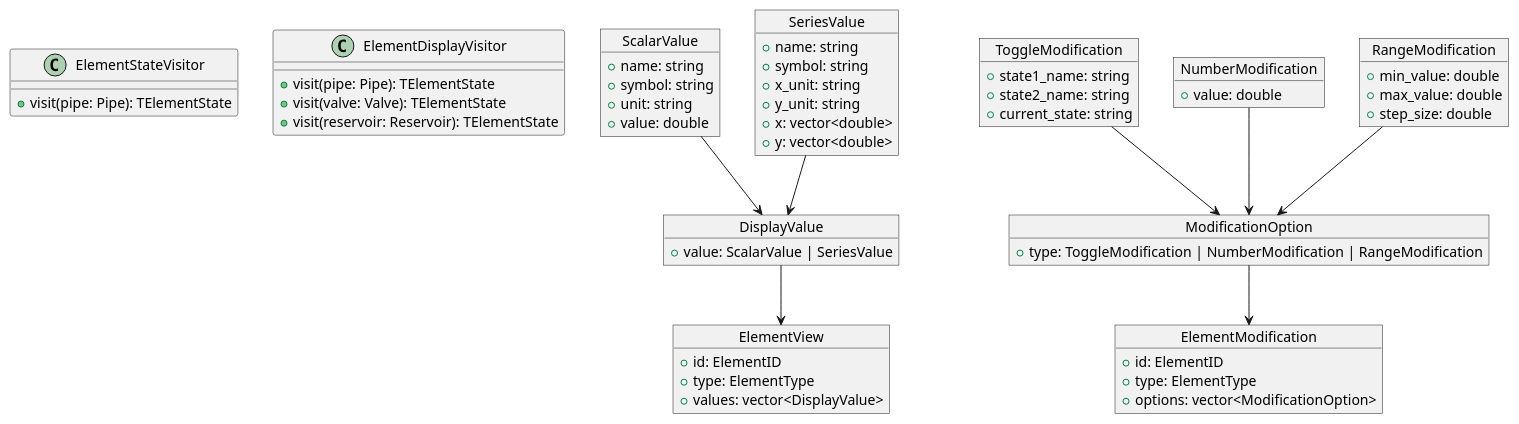
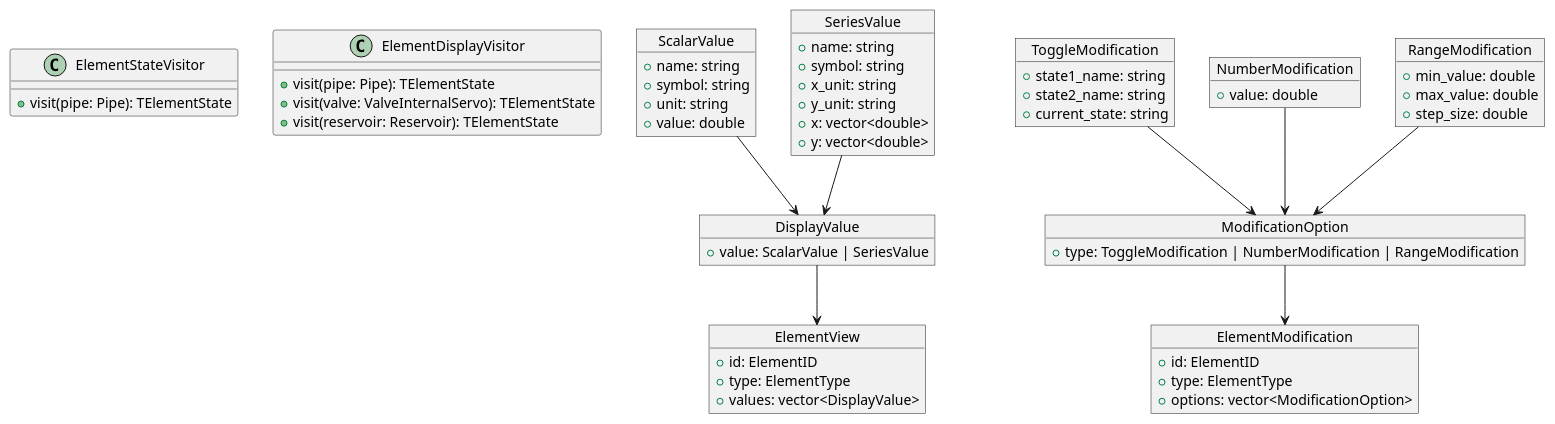
One commit to LVTrans/LVTransCore changed the diagram in assets/gui_architecture.puml. Above: the diagram before and after it, drawn with PlantUML. The commit also changed 20 other files, not shown here.

```diff
--- a/assets/gui_architecture.puml
+++ b/assets/gui_architecture.puml
@@ -1,80 +1,80 @@
 @startuml
 
 class ElementStateVisitor {
   + visit(pipe: Pipe): TElementState
 }
 
 class ElementDisplayVisitor {
   + visit(pipe: Pipe): TElementState
-  + visit(valve: Valve): TElementState
+  + visit(valve: ValveInternalServo): TElementState
   + visit(reservoir: Reservoir): TElementState
 }
 
 object ScalarValue {
   + name: string
   + symbol: string
   + unit: string
 
   + value: double
 }
 
 object SeriesValue {
   + name: string
   + symbol: string
 
   + x_unit: string
   + y_unit: string
 
   + x: vector<double>
   + y: vector<double>
 }
 
 object DisplayValue {
   + value: ScalarValue | SeriesValue
 }
 
 object ElementView {
   + id: ElementID
   + type: ElementType
 
   + values: vector<DisplayValue>
 }
 
 object ToggleModification {
   + state1_name: string
   + state2_name: string
   + current_state: string
 }
 
 object NumberModification {
   + value: double
 }
 
 object RangeModification {
   + min_value: double
   + max_value: double
   + step_size: double
 }
 
 object ModificationOption {
   + type: ToggleModification | NumberModification | RangeModification
 }
 
 object ElementModification {
   + id: ElementID
   + type: ElementType
 
   + options: vector<ModificationOption>
 }
 
 ToggleModification --> ModificationOption
 NumberModification --> ModificationOption
 RangeModification --> ModificationOption
 ModificationOption --> ElementModification
 
 
 SeriesValue --> DisplayValue
 ScalarValue --> DisplayValue
 DisplayValue --> ElementView
 
 @enduml
```
